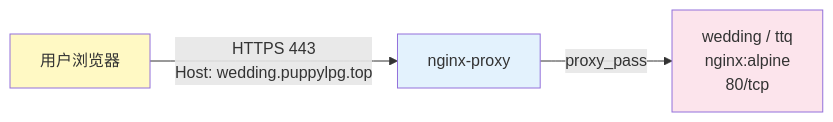
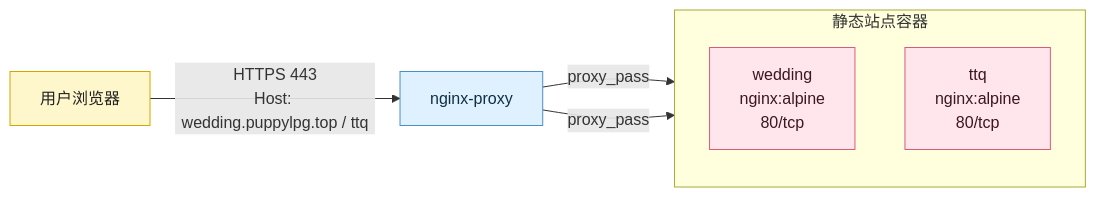
The fourth of 10 diagrams in _ai/2026-06-08-vps-docker-panorama-v2ray-v4-to-v5-upgrade.md (puppylpg/puppylpg.github.io), drawn with Mermaid before and after one commit. The commit also changed other lines of this file, not shown here.

Commit message:
docs: optimize Mermaid diagrams for VPS Docker overview

````diff
--- a/_ai/2026-06-08-vps-docker-panorama-v2ray-v4-to-v5-upgrade.md
+++ b/_ai/2026-06-08-vps-docker-panorama-v2ray-v4-to-v5-upgrade.md
@@ -85,9 +141,22 @@
 ```mermaid
 flowchart LR
-    A[用户浏览器] -->|HTTPS 443<br/>Host: wedding.puppylpg.top| B[nginx-proxy]
-    B -->|proxy_pass| C[wedding / ttq<br/>nginx:alpine<br/>80/tcp]
+    browser[用户浏览器]
+    proxy[nginx-proxy]
 
-    style A fill:#fff9c4
-    style B fill:#e3f2fd
-    style C fill:#fce4ec
+    subgraph static[静态站点容器]
+        direction TB
+        wedding[wedding<br/>nginx:alpine<br/>80/tcp]
+        ttq[ttq<br/>nginx:alpine<br/>80/tcp]
+    end
+
+    browser -->|HTTPS 443<br/>Host: wedding.puppylpg.top / ttq| proxy
+    proxy -->|proxy_pass| wedding
+    proxy -->|proxy_pass| ttq
+
+    classDef user fill:#fff7cc,stroke:#d6a500,color:#222;
+    classDef gateway fill:#dff1ff,stroke:#4a90c2,color:#0f2f44;
+    classDef app fill:#ffe5ec,stroke:#d85a7f,color:#3b1723;
+    class browser user;
+    class proxy gateway;
+    class wedding,ttq app;
 ```
````
